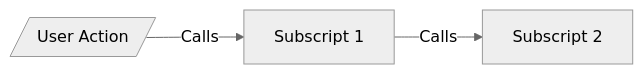
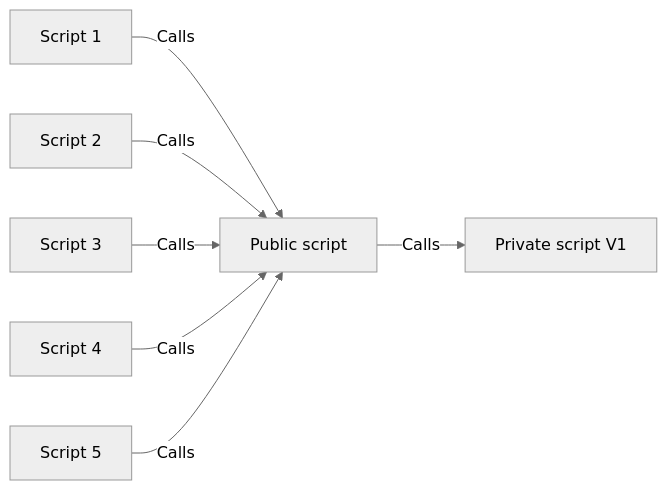
The third of 3 diagrams in Versions_Updating.md (CloudChi/FX-Framework), drawn with Mermaid (neutral theme) before and after one commit. The commit also changed other lines of this file, not shown here.

````diff
--- a/Versions_Updating.md
+++ b/Versions_Updating.md
@@ -43,5 +38,8 @@
 ```mermaid
 graph LR
-    A[/User Action/] -- Calls --> B[Subscript 1] 
-    B -- Calls --> C[Subscript 2]  
+    A[Script 1] -- Calls --> F[Public script] -- Calls --> G[Private script V1]
+    B[Script 2] -- Calls --> F
+    C[Script 3] -- Calls --> F
+    D[Script 4] -- Calls --> F
+    E[Script 5] -- Calls --> F
 ```
````
